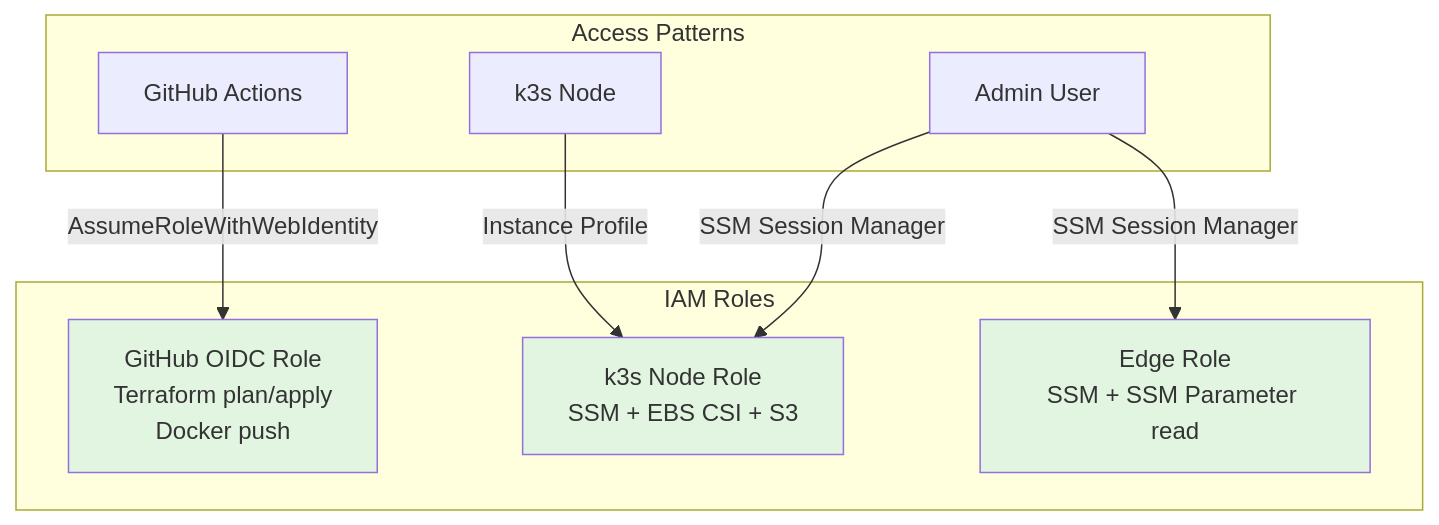
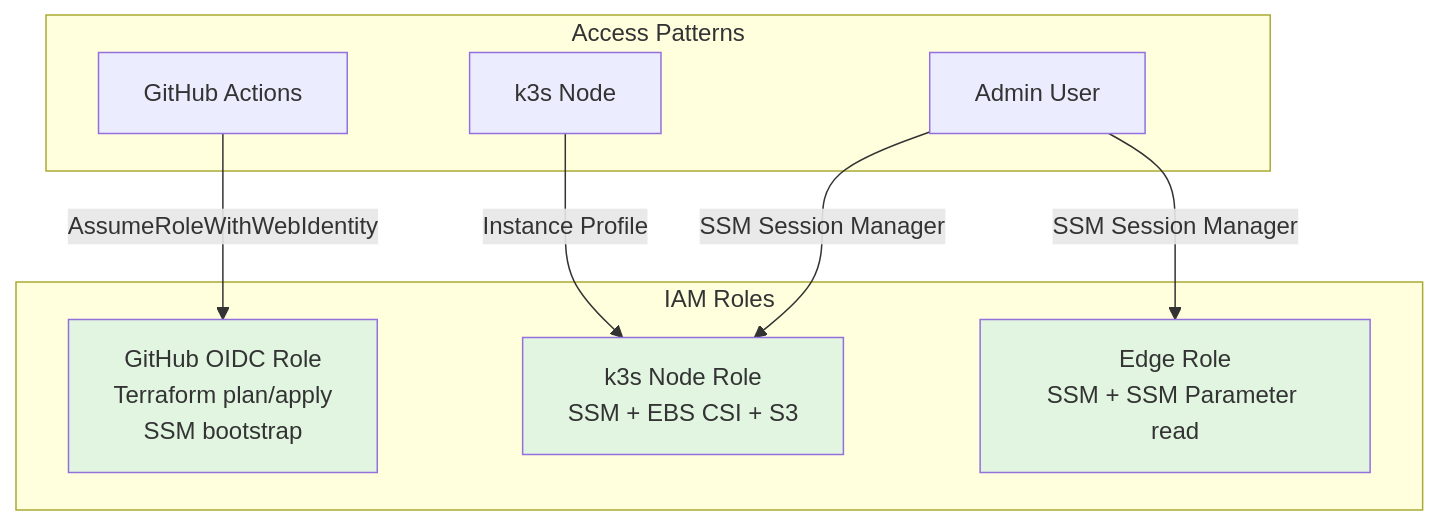
Before and after one commit to ClementV78/CloudRadar: the fifth of 28 diagrams in docs/architecture/technical-architecture-document.md, drawn with Mermaid. The commit also changed other lines of this file and 1 other file, not shown here.

First line of the commit message:
docs(architecture): align technical architecture docs

````diff
--- a/docs/architecture/technical-architecture-document.md
+++ b/docs/architecture/technical-architecture-document.md
@@ -131,23 +138,23 @@
 ```mermaid
 graph TB
     subgraph "IAM Roles"
-        OIDC[GitHub OIDC Role<br/>Terraform plan/apply<br/>Docker push]
+        OIDC[GitHub OIDC Role<br/>Terraform plan/apply<br/>SSM bootstrap]
         K3S_ROLE[k3s Node Role<br/>SSM + EBS CSI + S3]
         EDGE_ROLE[Edge Role<br/>SSM + SSM Parameter read]
     end
 
     subgraph "Access Patterns"
         GHA[GitHub Actions]
         ADMIN[Admin User]
         NODE[k3s Node]
     end
 
     GHA -->|AssumeRoleWithWebIdentity| OIDC
     ADMIN -->|SSM Session Manager| K3S_ROLE
     ADMIN -->|SSM Session Manager| EDGE_ROLE
     NODE -->|Instance Profile| K3S_ROLE
 
     style OIDC fill:#e1f5e1
     style K3S_ROLE fill:#e1f5e1
     style EDGE_ROLE fill:#e1f5e1
 ```
````
